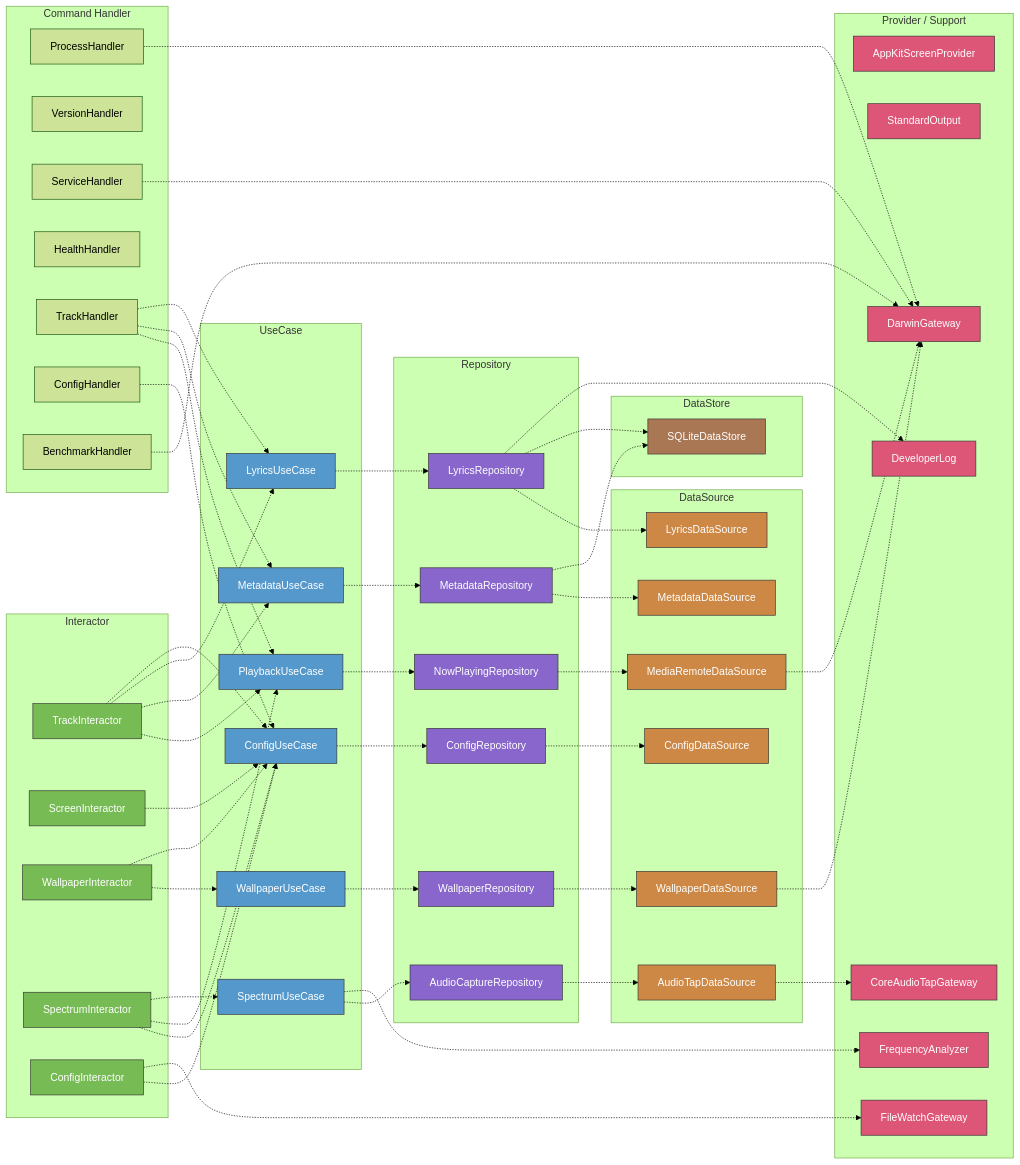
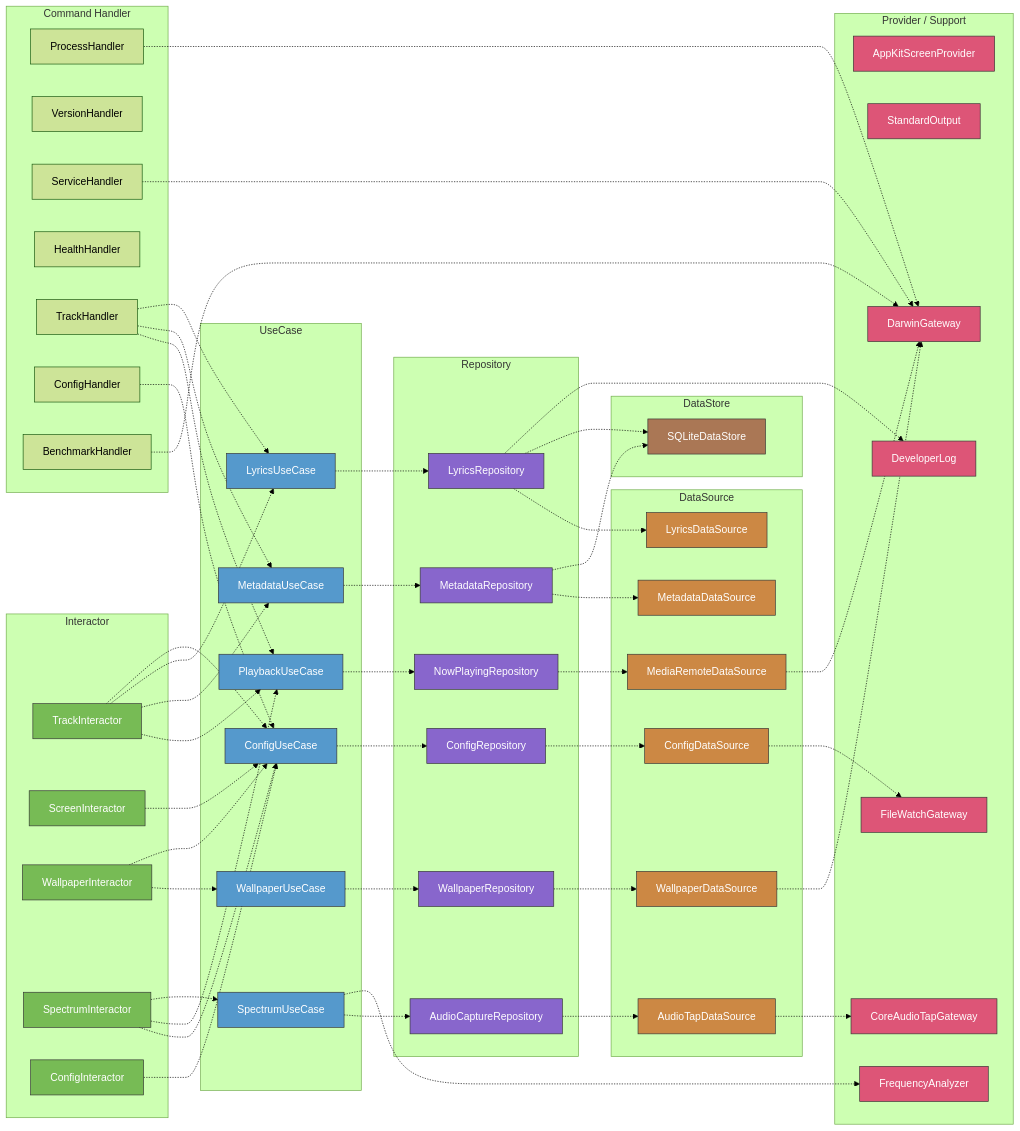
One commit to GeneralD/lyra changed the second of 3 diagrams in docs/ARCHITECTURE.md. Above: the diagram before and after it, drawn with Mermaid (forest theme). The commit also changed other lines of this file and 16 other files, not shown here.

First line of the commit message:
refactor(#41): config watch を DataSource 層へ移設し依存の段飛ばしを解消

```diff
--- a/docs/ARCHITECTURE.md
+++ b/docs/ARCHITECTURE.md
@@ -163,7 +163,7 @@
     ScreenInteractor -.-> ConfigUseCase
     WallpaperInteractor -.-> WallpaperUseCase & ConfigUseCase
     SpectrumInteractor -.-> ConfigUseCase & PlaybackUseCase & SpectrumUseCase
-    ConfigInteractor -.-> ConfigUseCase & FileWatchGateway
+    ConfigInteractor -.-> ConfigUseCase
     SpectrumUseCase -.-> AudioCaptureRepository
     SpectrumUseCase -.-> FrequencyAnalyzer
     AudioCaptureRepository -.-> AudioTapDataSource
@@ -179,6 +179,7 @@
     WallpaperRepository -.-> WallpaperDataSource
     MediaRemoteDataSource -.-> DarwinGateway
     WallpaperDataSource -.-> DarwinGateway
+    ConfigDataSource -.-> FileWatchGateway
     AudioTapDataSource -.-> CoreAudioTapGateway
 
     style TrackInteractor fill:#7b5,stroke:#333,color:#fff
```
